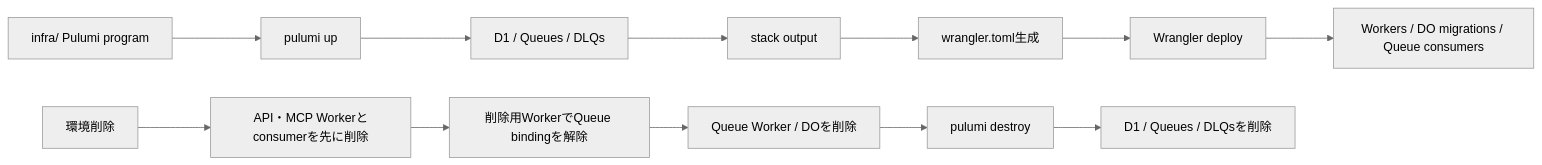
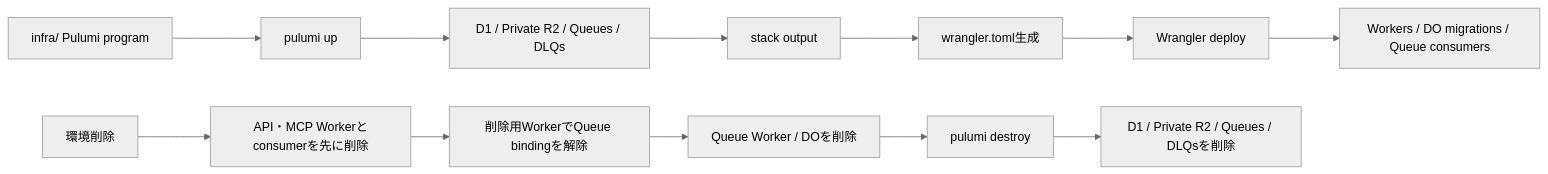
The second of 3 diagrams in docs/architecture/infrastructure-architecture.md (kkyosuke/me-builder), drawn with Mermaid (neutral theme) before and after one commit. The commit also changed other lines of this file and 54 other files, not shown here.

````diff
--- a/docs/architecture/infrastructure-architecture.md
+++ b/docs/architecture/infrastructure-architecture.md
@@ -169,15 +169,15 @@
 ```mermaid
 flowchart LR
     Program["infra/ Pulumi program"] --> Up["pulumi up"]
-    Up --> Base["D1 / Queues / DLQs"]
+    Up --> Base["D1 / Private R2 / Queues / DLQs"]
     Base --> Output["stack output"]
     Output --> Generate["wrangler.toml生成"]
     Generate --> Deploy["Wrangler deploy"]
     Deploy --> Worker["Workers / DO migrations / Queue consumers"]
 
     Destroy["環境削除"] --> Stop["API・MCP Workerとconsumerを先に削除"]
     Stop --> Unbind["削除用WorkerでQueue bindingを解除"]
     Unbind --> QueueWorker["Queue Worker / DOを削除"]
     QueueWorker --> PulumiDestroy["pulumi destroy"]
-    PulumiDestroy --> Removed["D1 / Queues / DLQsを削除"]
+    PulumiDestroy --> Removed["D1 / Private R2 / Queues / DLQsを削除"]
 ```
````
